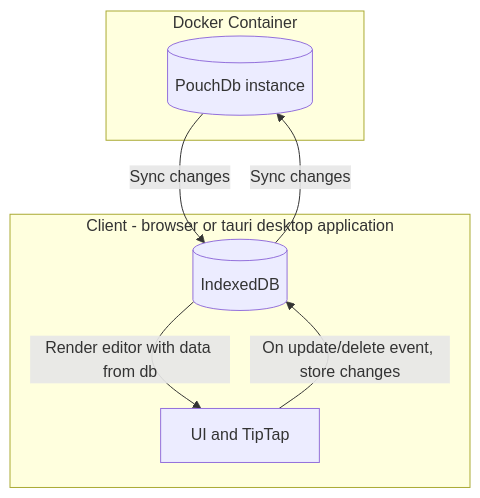
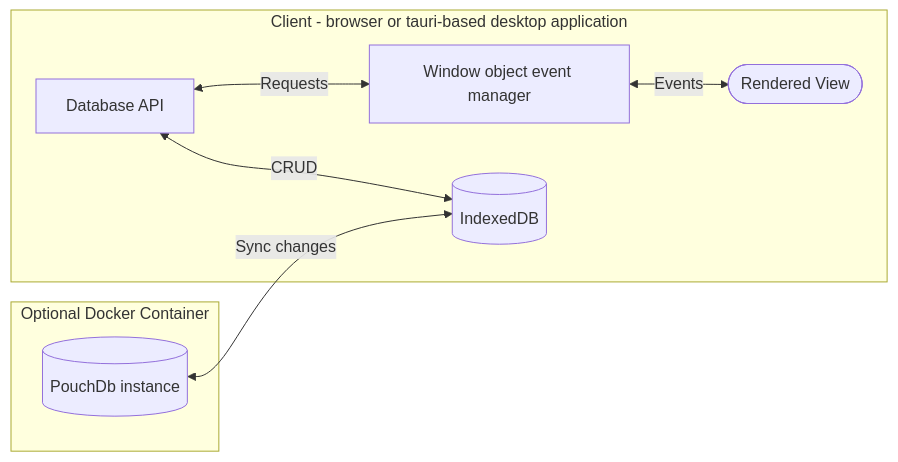
Before and after one commit to ste163/notes: the diagram in README.md, drawn with Mermaid. The commit also changed other lines of this file, not shown here.

````diff
--- a/README.md
+++ b/README.md
@@ -36,13 +32,14 @@
 ```mermaid
-flowchart TD
-    subgraph Docker Container
-      C[(PouchDb instance)]
+flowchart LR
+    subgraph Optional Docker Container
+      A[(PouchDb instance)]
     end
-    subgraph Client - browser or tauri desktop application
-      A[(IndexedDB)]
-      A -- Render editor with data from db --> B[UI and TipTap]
-      B -- On update/delete event, store changes --> A
+
+    subgraph Client - browser or tauri-based desktop application
+      B[(IndexedDB)]
+      D[Database API] <-- Requests --> C[Window object event manager]
+      D <-- CRUD --> B
+      C <-- Events --> E([Rendered View])
     end
-  A -- Sync changes --> C
-  C -- Sync changes --> A
+  A <-- Sync changes --> B
 ```
````
